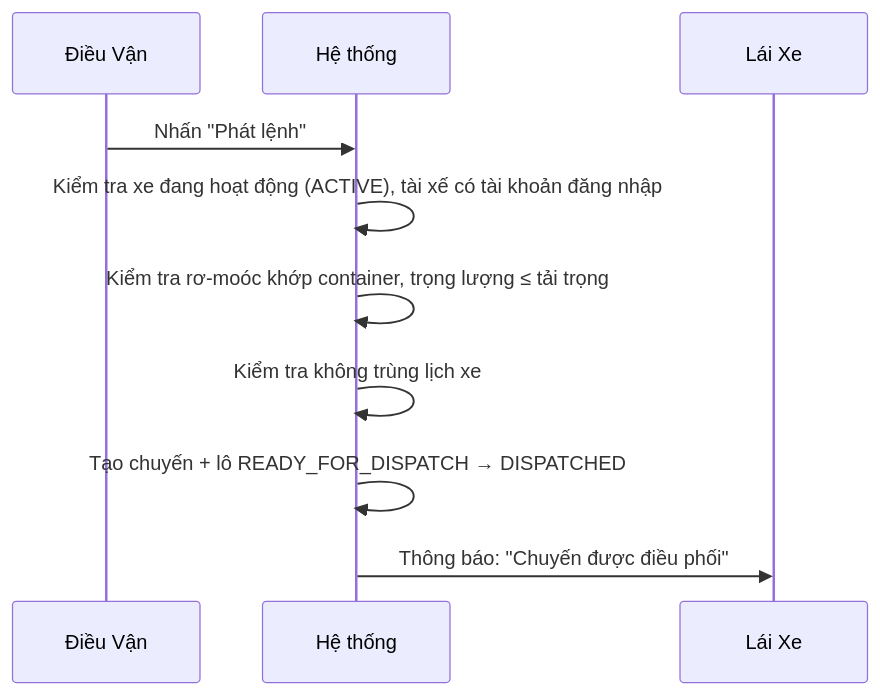
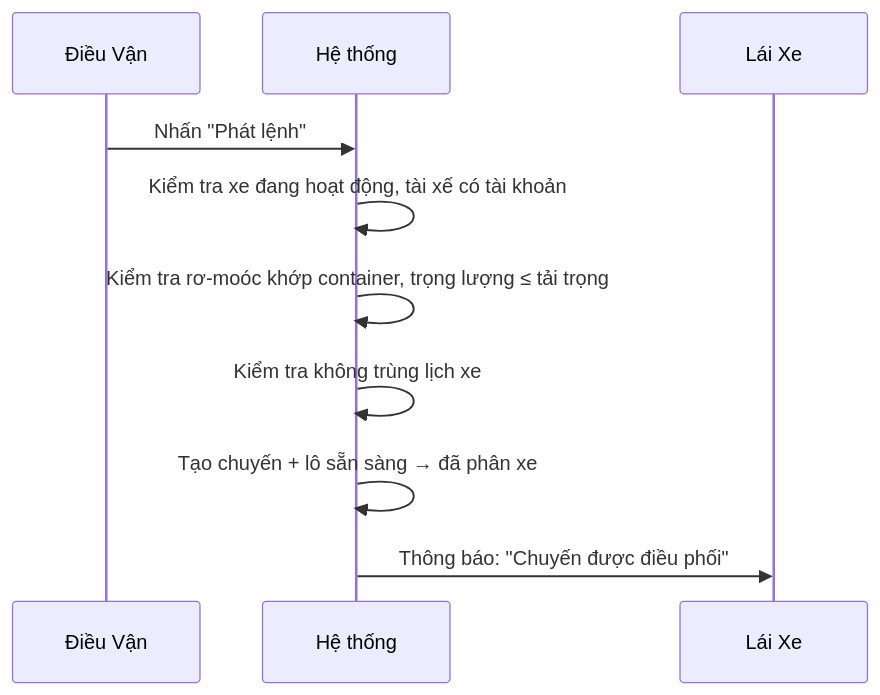
The fourth of 7 diagrams in docs/prd/quy-trinh-cus-dieuvan-laixe.md (4rankng/silversea), drawn with Mermaid before and after one commit. The commit also changed other lines of this file, not shown here.

````diff
--- a/docs/prd/quy-trinh-cus-dieuvan-laixe.md
+++ b/docs/prd/quy-trinh-cus-dieuvan-laixe.md
@@ -148,13 +153,13 @@
 ```mermaid
 sequenceDiagram
     participant DV as Điều Vận
     participant SYS as Hệ thống
     participant LX as Lái Xe
 
     DV->>SYS: Nhấn "Phát lệnh"
-    SYS->>SYS: Kiểm tra xe đang hoạt động (ACTIVE), tài xế có tài khoản đăng nhập
+    SYS->>SYS: Kiểm tra xe đang hoạt động, tài xế có tài khoản
     SYS->>SYS: Kiểm tra rơ-moóc khớp container, trọng lượng ≤ tải trọng
     SYS->>SYS: Kiểm tra không trùng lịch xe
-    SYS->>SYS: Tạo chuyến + lô READY_FOR_DISPATCH → DISPATCHED
+    SYS->>SYS: Tạo chuyến + lô sẵn sàng → đã phân xe
     SYS->>LX: Thông báo: "Chuyến được điều phối"
 ```
````
